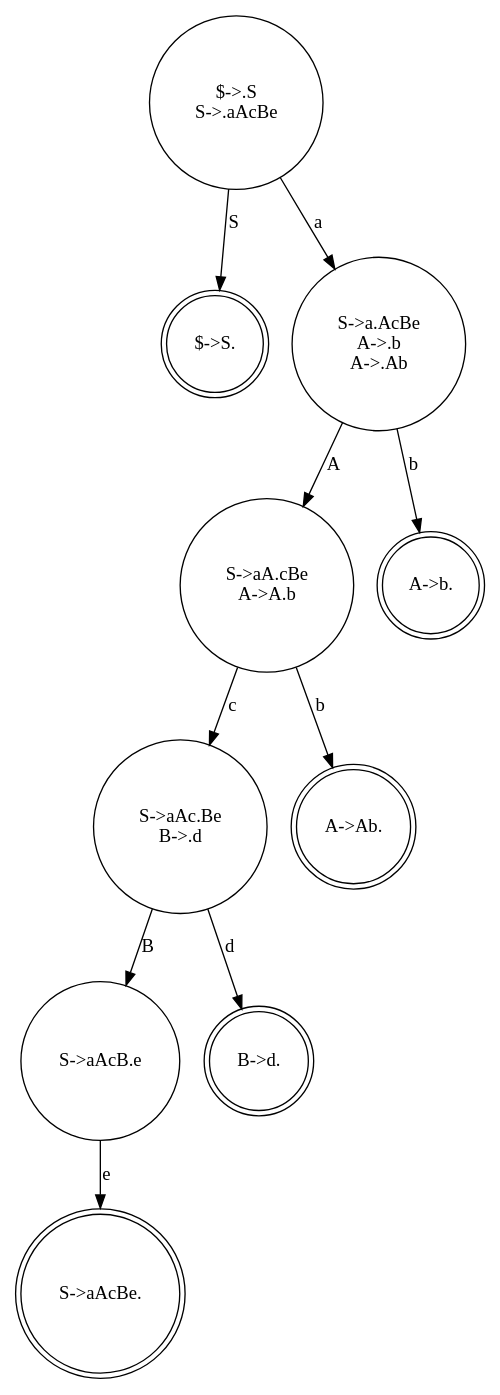
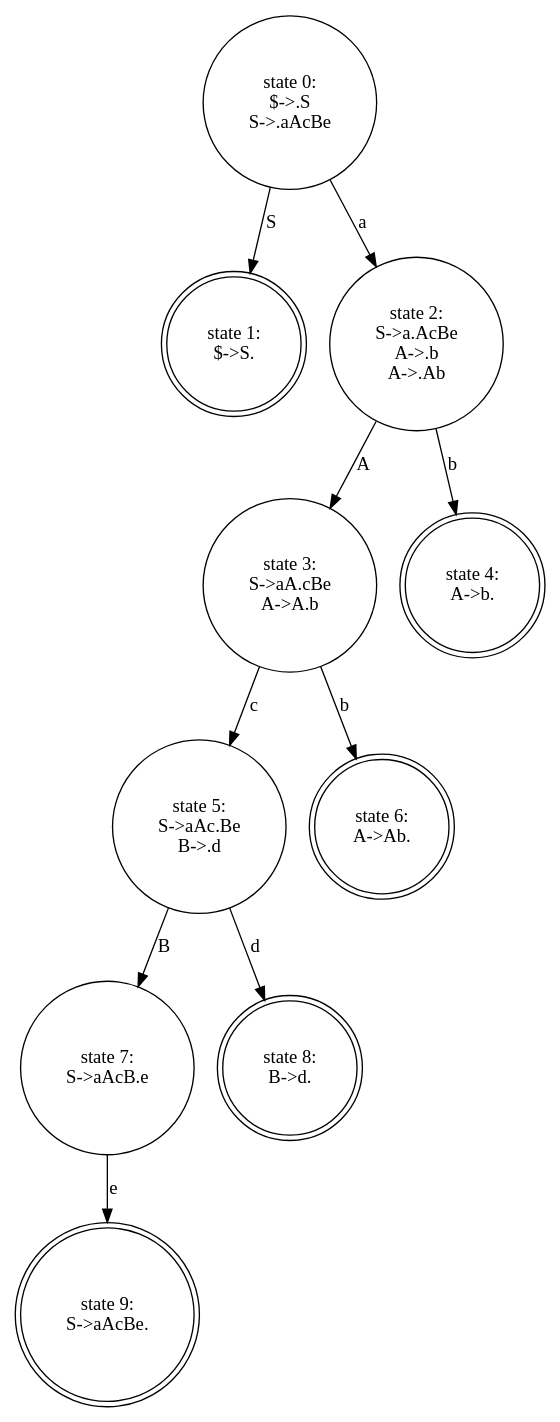
One commit to wzwmjjb/lr0 changed the diagram in test_output/test_data1_dfa.gv. Above: the diagram before and after it, drawn with Graphviz. The commit also changed 8 other files, not shown here.

Commit message:
add the state index of dfa graph

```diff
--- a/test_output/test_data1_dfa.gv
+++ b/test_output/test_data1_dfa.gv
@@ -1,27 +1,37 @@
 // The Round Table
 digraph {
-	0 [label="$->.S
+	0 [label="state 0:
+$->.S
 S->.aAcBe" shape=circle]
-	1 [label="$->S." shape=doublecircle]
-	2 [label="S->a.AcBe
+	1 [label="state 1:
+$->S." shape=doublecircle]
+	2 [label="state 2:
+S->a.AcBe
 A->.b
 A->.Ab" shape=circle]
-	3 [label="S->aA.cBe
+	3 [label="state 3:
+S->aA.cBe
 A->A.b" shape=circle]
-	4 [label="A->b." shape=doublecircle]
-	5 [label="S->aAc.Be
+	4 [label="state 4:
+A->b." shape=doublecircle]
+	5 [label="state 5:
+S->aAc.Be
 B->.d" shape=circle]
-	6 [label="A->Ab." shape=doublecircle]
-	7 [label="S->aAcB.e" shape=circle]
-	8 [label="B->d." shape=doublecircle]
-	9 [label="S->aAcBe." shape=doublecircle]
+	6 [label="state 6:
+A->Ab." shape=doublecircle]
+	7 [label="state 7:
+S->aAcB.e" shape=circle]
+	8 [label="state 8:
+B->d." shape=doublecircle]
+	9 [label="state 9:
+S->aAcBe." shape=doublecircle]
 	0 -> 1 [label=S]
 	0 -> 2 [label=a]
 	2 -> 3 [label=A]
 	2 -> 4 [label=b]
 	3 -> 5 [label=c]
 	3 -> 6 [label=b]
 	5 -> 7 [label=B]
 	5 -> 8 [label=d]
 	7 -> 9 [label=e]
 }
```
